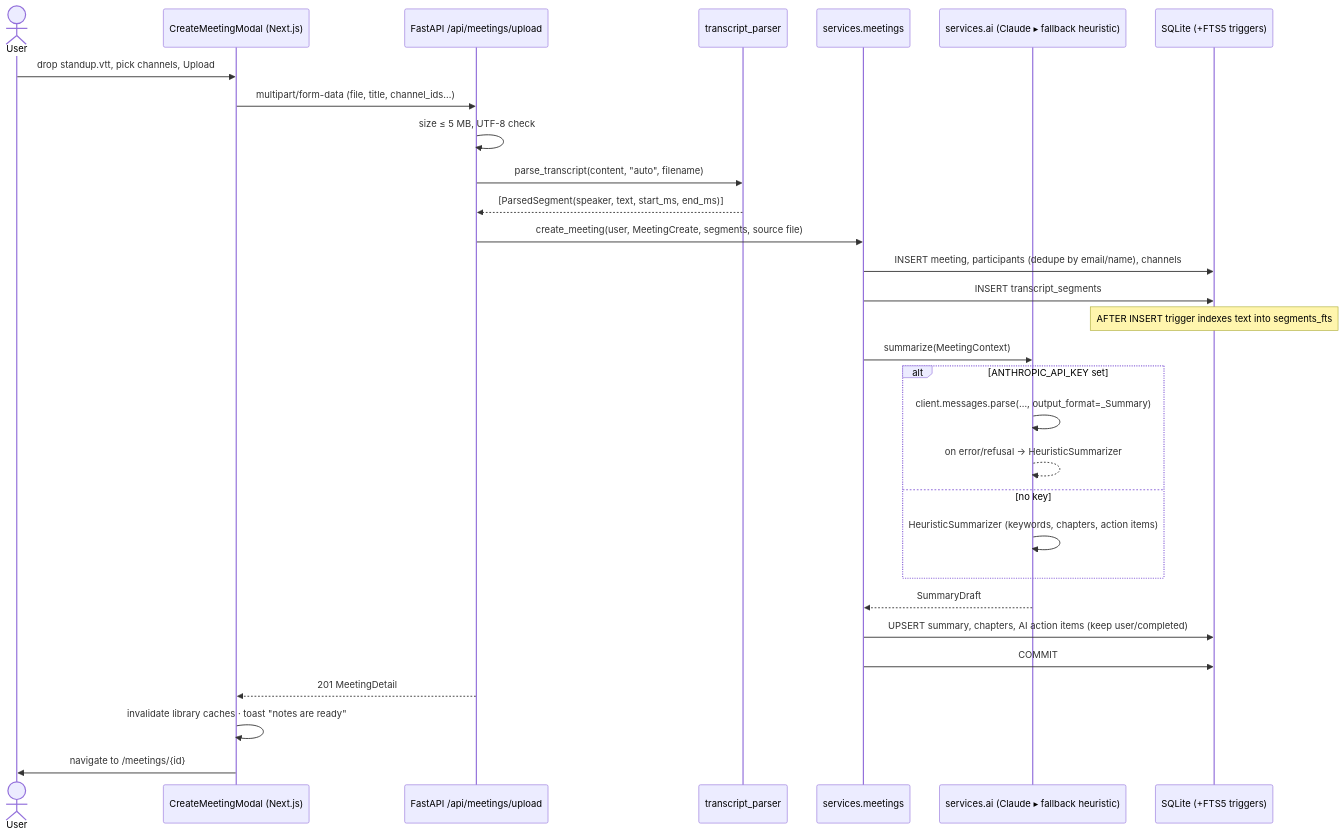
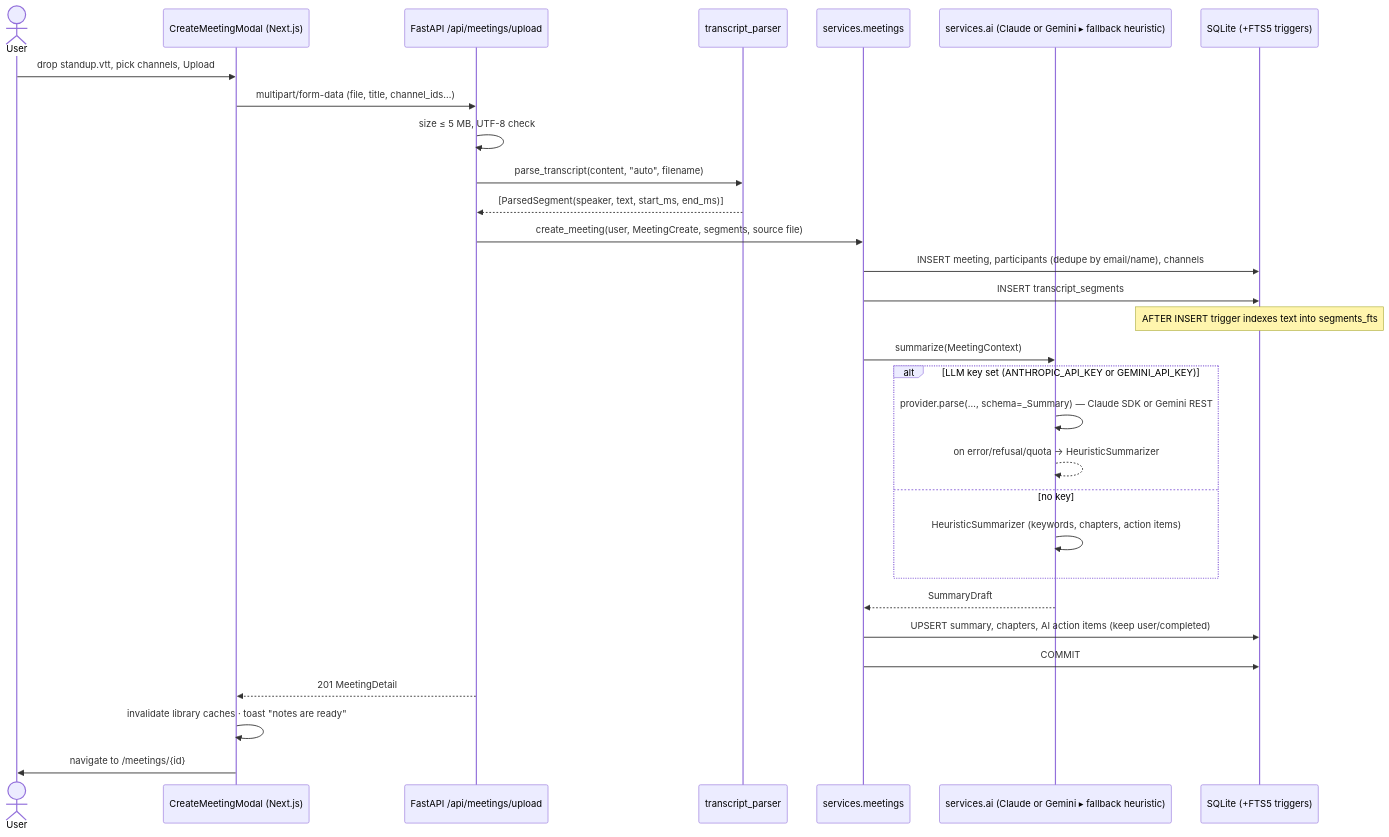
The second of 4 diagrams in docs/DELIVERABLES.md (ArvinSaini/Fireflies.ai-Clone), drawn with Mermaid before and after one commit. The commit also changed other lines of this file and 3 other files, not shown here.

Commit message:
Document Gemini and Claude configuration

````diff
--- a/docs/DELIVERABLES.md
+++ b/docs/DELIVERABLES.md
@@ -223,33 +223,33 @@
 ```mermaid
 sequenceDiagram
     actor U as User
     participant UI as CreateMeetingModal (Next.js)
     participant API as FastAPI /api/meetings/upload
     participant P as transcript_parser
     participant S as services.meetings
-    participant AI as services.ai (Claude ▸ fallback heuristic)
+    participant AI as services.ai (Claude or Gemini ▸ fallback heuristic)
     participant DB as SQLite (+FTS5 triggers)
 
     U->>UI: drop standup.vtt, pick channels, Upload
     UI->>API: multipart/form-data (file, title, channel_ids…)
     API->>API: size ≤ 5 MB, UTF-8 check
     API->>P: parse_transcript(content, "auto", filename)
     P-->>API: [ParsedSegment(speaker, text, start_ms, end_ms)]
     API->>S: create_meeting(user, MeetingCreate, segments, source file)
     S->>DB: INSERT meeting, participants (dedupe by email/name), channels
     S->>DB: INSERT transcript_segments
     Note over DB: AFTER INSERT trigger indexes text into segments_fts
     S->>AI: summarize(MeetingContext)
-    alt ANTHROPIC_API_KEY set
-        AI->>AI: client.messages.parse(…, output_format=_Summary)
-        AI-->>AI: on error/refusal → HeuristicSummarizer
+    alt LLM key set (ANTHROPIC_API_KEY or GEMINI_API_KEY)
+        AI->>AI: provider.parse(…, schema=_Summary) — Claude SDK or Gemini REST
+        AI-->>AI: on error/refusal/quota → HeuristicSummarizer
     else no key
         AI->>AI: HeuristicSummarizer (keywords, chapters, action items)
     end
     AI-->>S: SummaryDraft
     S->>DB: UPSERT summary, chapters, AI action items (keep user/completed)
     S->>DB: COMMIT
     API-->>UI: 201 MeetingDetail
     UI->>UI: invalidate library caches · toast "notes are ready"
     UI->>U: navigate to /meetings/{id}
 ```
````
